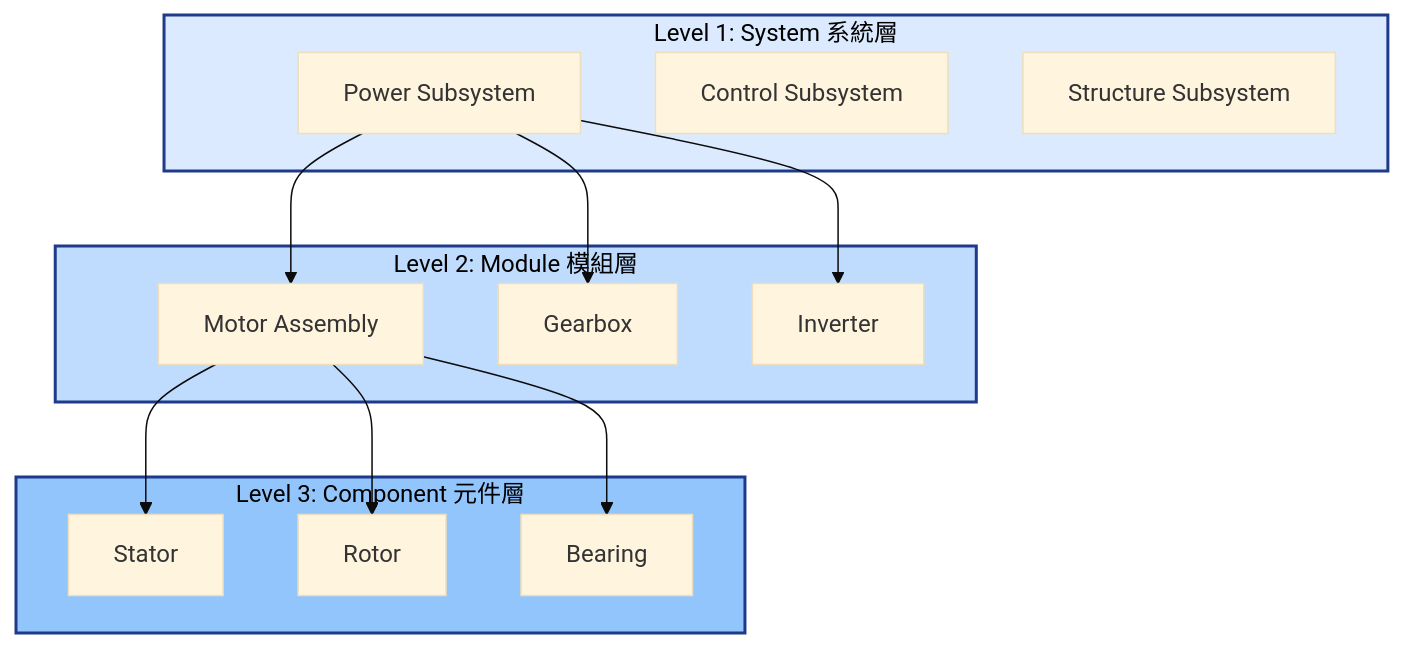
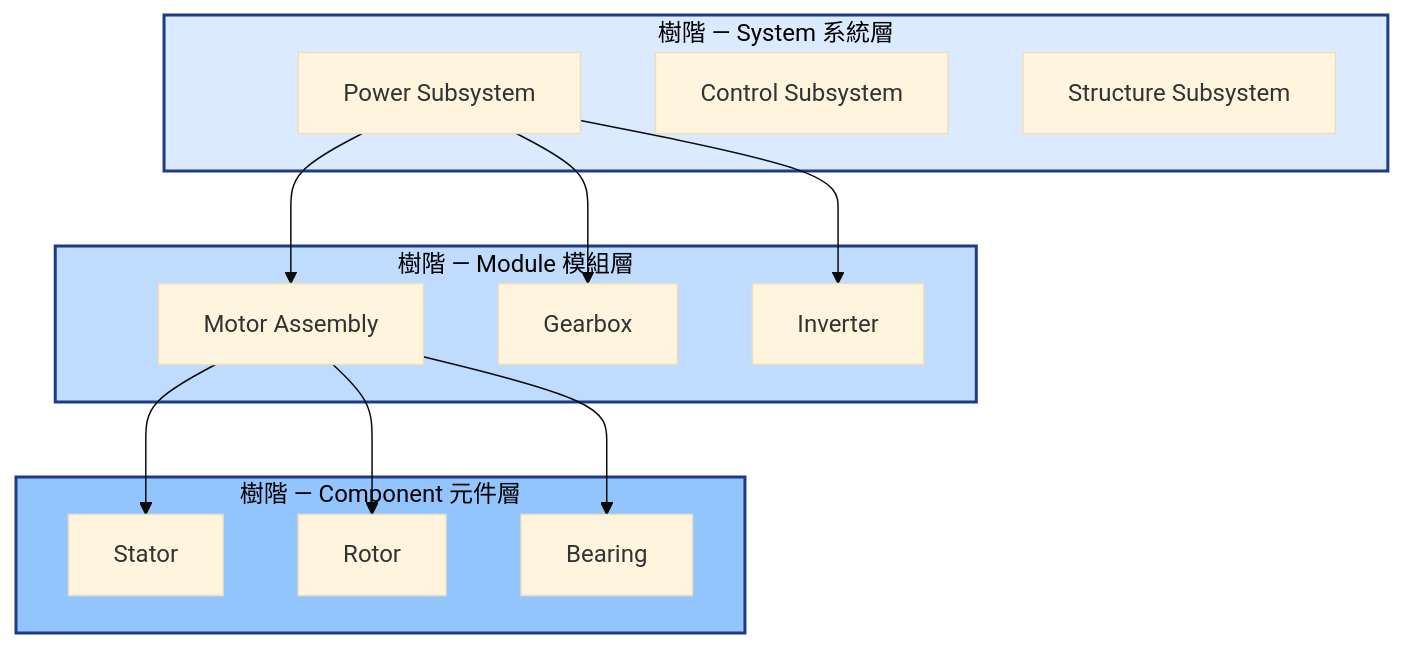
Before and after one commit to JIA-HONG-CHU/design-copilot-blueprint: the seventh of 27 diagrams in docs/e2e/module/Forward_Subsystem_Discovery_Architecture.md, drawn with Mermaid (base theme). The commit also changed other lines of this file and 2 other files, not shown here.

First line of the commit message:
docs(e2e): update TRIZ layered drill-down and subsystem discovery architecture

````diff
--- a/docs/e2e/module/Forward_Subsystem_Discovery_Architecture.md
+++ b/docs/e2e/module/Forward_Subsystem_Discovery_Architecture.md
@@ -434,31 +450,31 @@
 ```mermaid
 graph TB
-    subgraph L1[Level 1: System 系統層]
+    subgraph TreeSys[樹階 — System 系統層]
         S1[Power Subsystem]
         S2[Control Subsystem]
         S3[Structure Subsystem]
     end
 
-    subgraph L2[Level 2: Module 模組層]
+    subgraph TreeMod[樹階 — Module 模組層]
         M1[Motor Assembly]
         M2[Gearbox]
         M3[Inverter]
     end
 
-    subgraph L3[Level 3: Component 元件層]
+    subgraph TreeComp[樹階 — Component 元件層]
         C1[Stator]
         C2[Rotor]
         C3[Bearing]
     end
 
     S1 --> M1
     S1 --> M2
     S1 --> M3
     M1 --> C1
     M1 --> C2
     M1 --> C3
 
-    style L1 fill:#dbeafe,stroke:#1e3a8a,stroke-width:2px,color:#000
-    style L2 fill:#bfdbfe,stroke:#1e3a8a,stroke-width:2px,color:#000
-    style L3 fill:#93c5fd,stroke:#1e3a8a,stroke-width:2px,color:#000
+    style TreeSys fill:#dbeafe,stroke:#1e3a8a,stroke-width:2px,color:#000
+    style TreeMod fill:#bfdbfe,stroke:#1e3a8a,stroke-width:2px,color:#000
+    style TreeComp fill:#93c5fd,stroke:#1e3a8a,stroke-width:2px,color:#000
 ```
````
